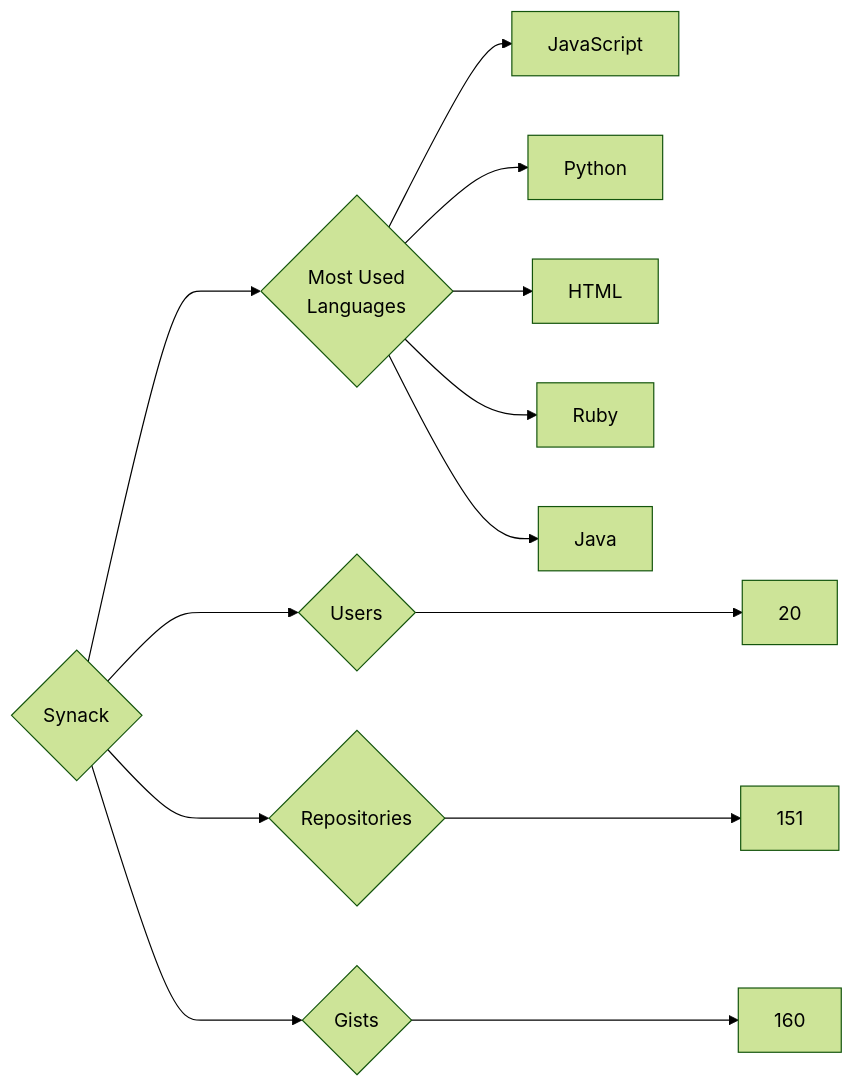
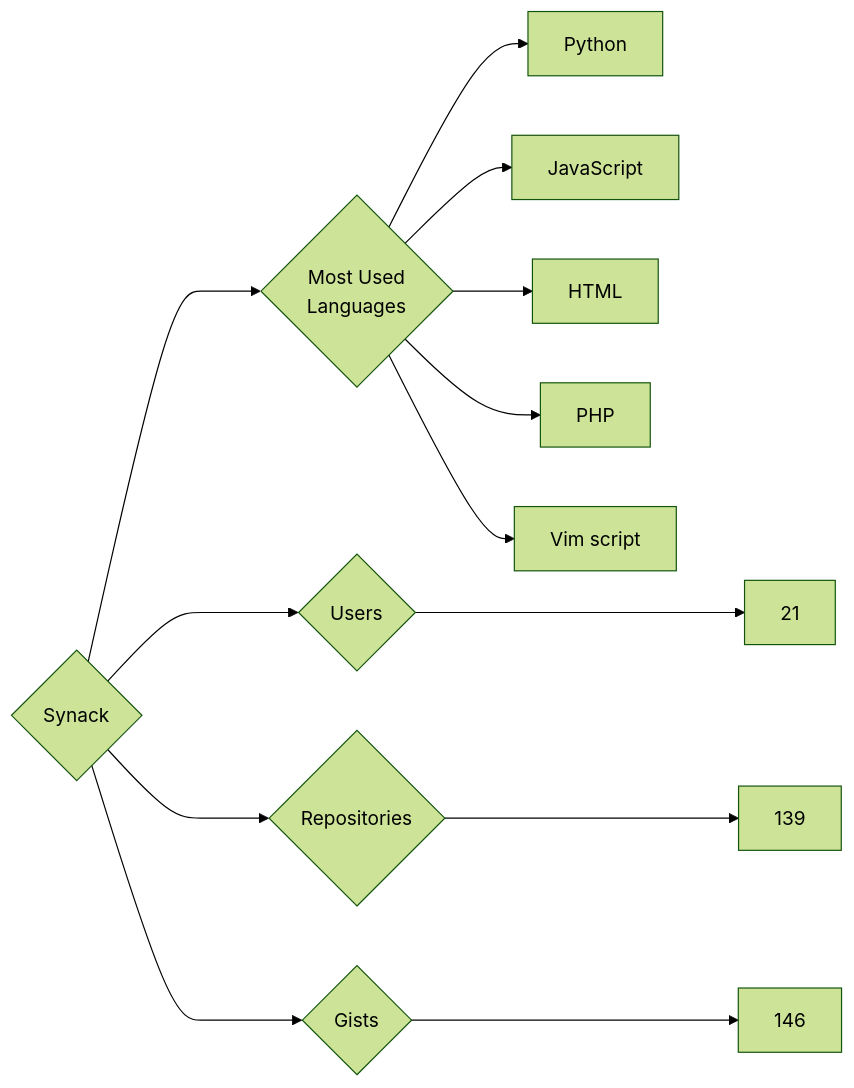
Before and after one commit to trickest/insiders: the diagram in targets/Synack/README.md, drawn with Mermaid (forest theme). The commit also changed 970 other files, not shown here.

````diff
--- a/targets/Synack/README.md
+++ b/targets/Synack/README.md
@@ -3,13 +3,13 @@
 ```mermaid
 graph LR
 COMPANY_NAME{Synack}
-COMPANY_NAME ---> U{Users} ---> UN[20]
-COMPANY_NAME ---> R{Repositories} ---> RN[151]
-COMPANY_NAME ---> G{Gists} ---> GN[160]
+COMPANY_NAME ---> U{Users} ---> UN[21]
+COMPANY_NAME ---> R{Repositories} ---> RN[139]
+COMPANY_NAME ---> G{Gists} ---> GN[146]
 COMPANY_NAME ---> ML{Most Used<br>Languages}
+ML --> Python[Python]
 ML --> JavaScript[JavaScript]
-ML --> Python[Python]
 ML --> HTML[HTML]
-ML --> Ruby[Ruby]
-ML --> Java[Java]
+ML --> PHP[PHP]
+ML --> Vim_script[Vim script]
 ```
````
